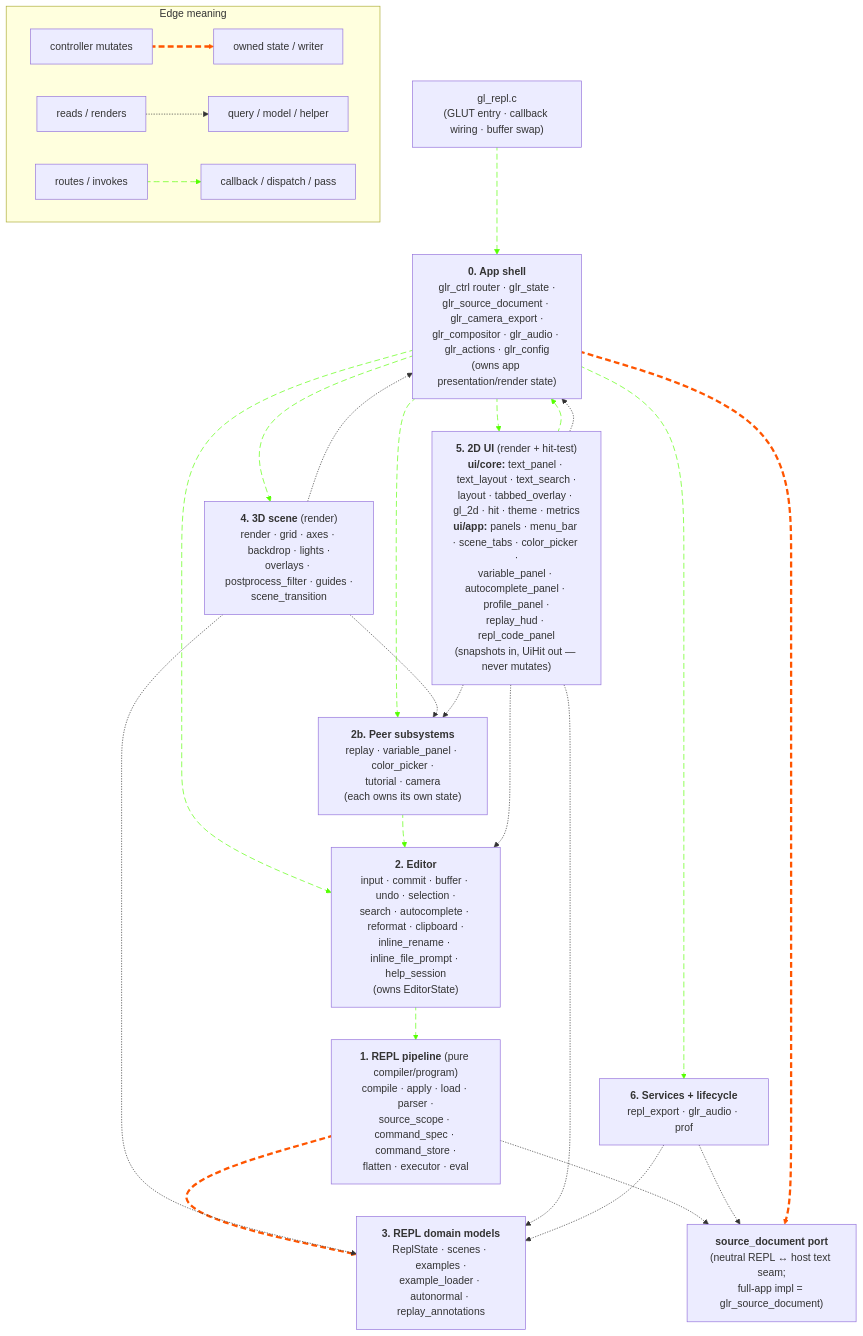
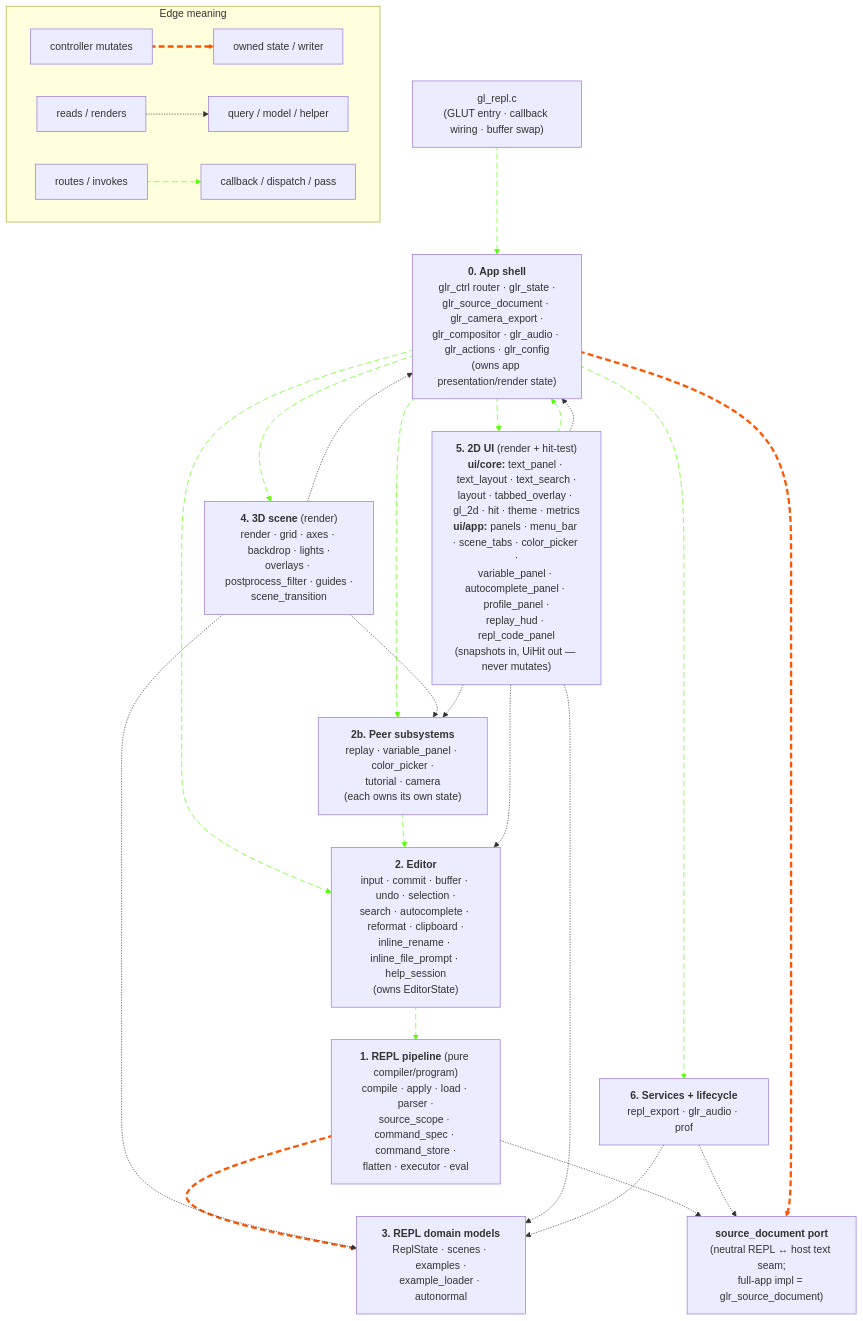
The first of 2 diagrams in MODULES.md (drewwoods/gl-repl), drawn with Mermaid before and after one commit. The commit also changed other lines of this file and 21 other files, not shown here.

````diff
--- a/MODULES.md
+++ b/MODULES.md
@@ -586,79 +586,79 @@
 ```mermaid
 flowchart TB
     subgraph legend["Edge meaning"]
         lmut_a["controller mutates"] e1@==> lmut_b["owned state / writer"]
         lread_a["reads / renders"] -.-> lread_b["query / model / helper"]
         lflow_a["routes / invokes"] i1@--> lflow_b["callback / dispatch / pass"]
     end
 
     gl_repl["gl_repl.c<br/>(GLUT entry · callback wiring · buffer swap)"]
 
     app["<b>0. App shell</b><br/>glr_ctrl router · glr_state ·<br/>glr_source_document · glr_camera_export ·<br/>glr_compositor · glr_audio · glr_actions · glr_config<br/>(owns app presentation/render state)"]
 
     editor["<b>2. Editor</b><br/>input · commit · buffer · undo · selection ·<br/>search · autocomplete · reformat · clipboard ·<br/>inline_rename · inline_file_prompt · help_session<br/>(owns EditorState)"]
 
     peers["<b>2b. Peer subsystems</b><br/>replay · variable_panel · color_picker ·<br/>tutorial · camera<br/>(each owns its own state)"]
 
     repl["<b>1. REPL pipeline</b> (pure compiler/program)<br/>compile · apply · load · parser ·<br/>source_scope · command_spec · command_store ·<br/>flatten · executor · eval"]
 
-    models["<b>3. REPL domain models</b><br/>ReplState · scenes · examples ·<br/>example_loader · autonormal · replay_annotations"]
+    models["<b>3. REPL domain models</b><br/>ReplState · scenes · examples ·<br/>example_loader · autonormal"]
 
     srcdoc["<b>source_document port</b><br/>(neutral REPL ↔ host text seam;<br/>full-app impl = glr_source_document)"]
 
     ui["<b>5. 2D UI</b> (render + hit-test)<br/><b>ui/core:</b> text_panel · text_layout · text_search ·<br/>layout · tabbed_overlay · gl_2d · hit · theme · metrics<br/><b>ui/app:</b> panels · menu_bar · scene_tabs · color_picker ·<br/>variable_panel · autocomplete_panel · profile_panel ·<br/>replay_hud · repl_code_panel<br/>(snapshots in, UiHit out — never mutates)"]
 
     scene["<b>4. 3D scene</b> (render)<br/>render · grid · axes · backdrop · lights ·<br/>overlays · postprocess_filter · guides ·<br/>scene_transition"]
 
     services["<b>6. Services + lifecycle</b><br/>repl_export · glr_audio · prof"]
 
     %% Raw input flow: gl_repl.c hands GLUT events to the app shell. UI
     %% hit-tests are passive — they compute a UiHit and hand it back to
     %% the controller for dispatch.
     gl_repl i2@--> app
     ui i3@--> app
 
     %% App shell routes raw input to the owning subsystem, drives the
     %% frame, and calls UI/scene/services.
     app i4@--> editor
     app i5@--> peers
     app i6@--> scene
     app i7@--> ui
     app i8@--> services
 
     %% Editor commit is the only path crossing INTO the REPL pipeline.
     %% REPL apply / command_store mutates the program model.
     editor i9@--> repl
     repl e2@==> models
 
     %% Peers write back through the editor (color_picker rewrites a
     %% source line via editor_commit_apply_external_change; the
     %% variable_panel drag rewrites a numeric token the same way).
     peers i10@--> editor
 
     %% Source-document port: REPL pipeline reads/writes source text
     %% through the neutral port, and services read source through it
     %% too. The full-app adapter (app layer) delegates writes to the
     %% editor buffer — editor stays the single underlying writer.
     repl -.-> srcdoc
     services -.-> srcdoc
     app e3@==> srcdoc
 
     %% Render is read-only: scene and UI consume snapshots of program /
     %% editor / peer / app state. They never mutate.
     scene -.-> models
     scene -.-> peers
     scene -.-> app
     ui -.-> editor
     ui -.-> models
     ui -.-> peers
     ui -.-> app
 
     %% Services read program and editor state to persist/replay.
     services -.-> models
 
     classDef animateE stroke:#f50,stroke-dasharray: 9\,5,stroke-dashoffset: 900,animation: dash 90s linear infinite;
     classDef animateF stroke:#5f0,stroke-dasharray: 9\,5,stroke-dashoffset: 900,animation: dash 90s linear infinite;
 
     class e1,e2,e3 animateE
     class i1,i2,i3,i4,i5,i6,i7,i8,i9,i10 animateF
 ```
````
